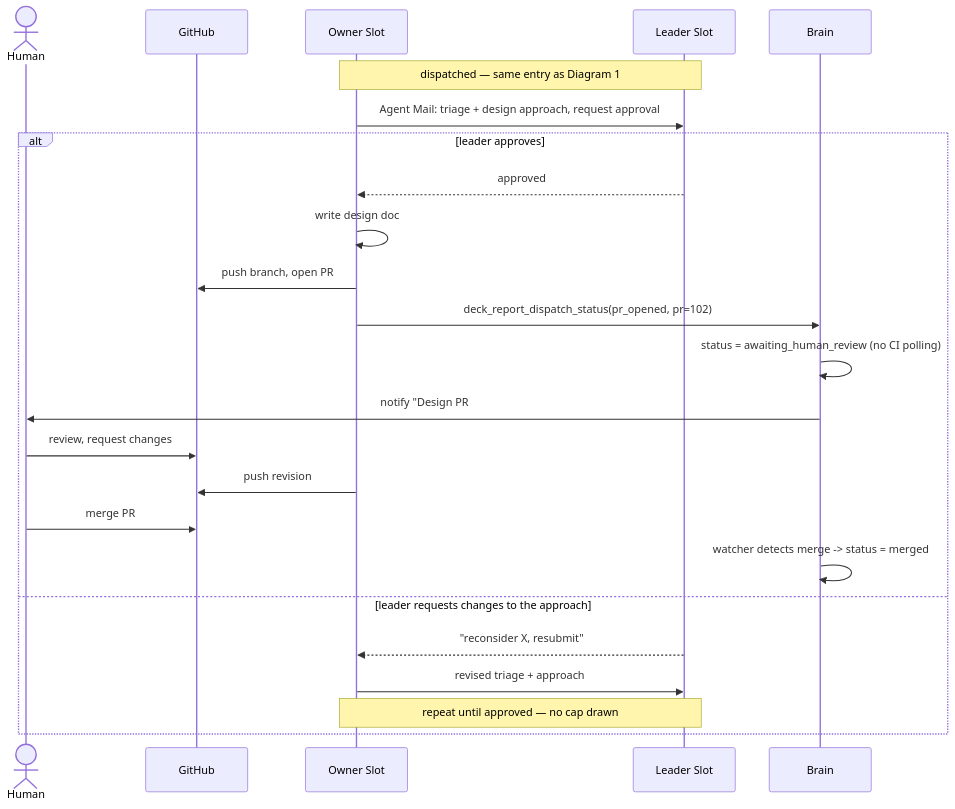
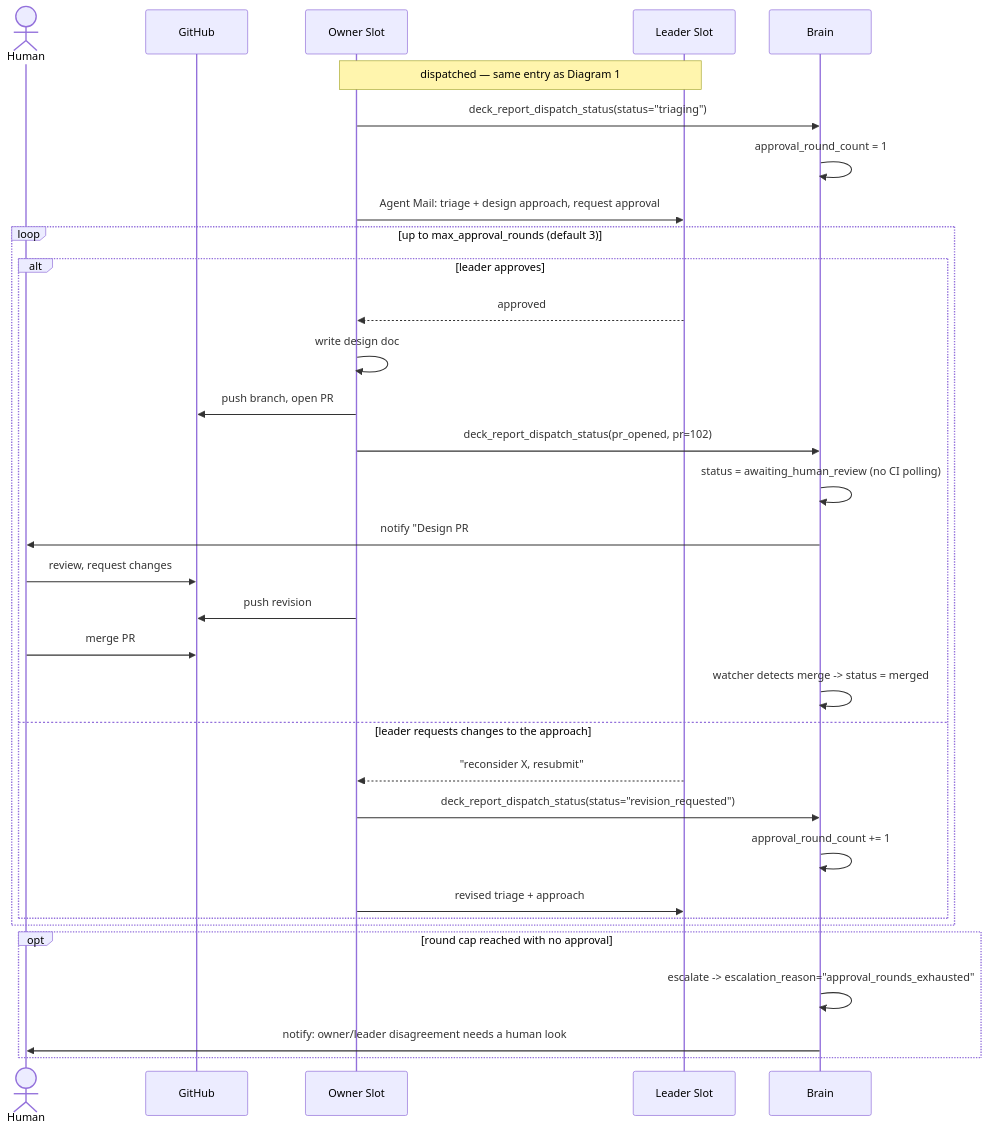
The second of 6 diagrams in docs/superpowers/specs/2026-07-03-autonomous-github-dispatch-workflows.md (adrirubio/claude-deck), drawn with Mermaid before and after one commit. The commit also changed other lines of this file and 1 other file, not shown here.

First line of the commit message:
docs: re-render workflow diagrams to reflect V1-V7/UC11 fixes

````diff
--- a/docs/superpowers/specs/2026-07-03-autonomous-github-dispatch-workflows.md
+++ b/docs/superpowers/specs/2026-07-03-autonomous-github-dispatch-workflows.md
@@ -60,27 +66,36 @@
 ```mermaid
 sequenceDiagram
     actor Human
     participant GH as GitHub
     participant Owner as Owner Slot
     participant Leader as Leader Slot
     participant Brain
 
     Note over Owner,Leader: dispatched — same entry as Diagram 1
+    Owner->>Brain: deck_report_dispatch_status(status="triaging")
+    Brain->>Brain: approval_round_count = 1
     Owner->>Leader: Agent Mail: triage + design approach, request approval
-    alt leader approves
-        Leader-->>Owner: approved
-        Owner->>Owner: write design doc
-        Owner->>GH: push branch, open PR #102 (not draft)
-        Owner->>Brain: deck_report_dispatch_status(pr_opened, pr=102)
-        Brain->>Brain: status = awaiting_human_review (no CI polling)
-        Brain->>Human: notify "Design PR #102 ready for human review"
-        Human->>GH: review, request changes
-        Owner->>GH: push revision
-        Human->>GH: merge PR #102
-        Brain->>Brain: watcher detects merge -> status = merged
-    else leader requests changes to the approach
-        Leader-->>Owner: "reconsider X, resubmit"
-        Owner->>Leader: revised triage + approach
-        Note over Owner,Leader: repeat until approved — no cap drawn
+    loop up to max_approval_rounds (default 3)
+        alt leader approves
+            Leader-->>Owner: approved
+            Owner->>Owner: write design doc
+            Owner->>GH: push branch, open PR #102 (not draft)
+            Owner->>Brain: deck_report_dispatch_status(pr_opened, pr=102)
+            Brain->>Brain: status = awaiting_human_review (no CI polling)
+            Brain->>Human: notify "Design PR #102 ready for human review"
+            Human->>GH: review, request changes
+            Owner->>GH: push revision
+            Human->>GH: merge PR #102
+            Brain->>Brain: watcher detects merge -> status = merged
+        else leader requests changes to the approach
+            Leader-->>Owner: "reconsider X, resubmit"
+            Owner->>Brain: deck_report_dispatch_status(status="revision_requested")
+            Brain->>Brain: approval_round_count += 1
+            Owner->>Leader: revised triage + approach
+        end
+    end
+    opt round cap reached with no approval
+        Brain->>Brain: escalate -> escalation_reason="approval_rounds_exhausted"
+        Brain->>Human: notify: owner/leader disagreement needs a human look
     end
 ```
````
